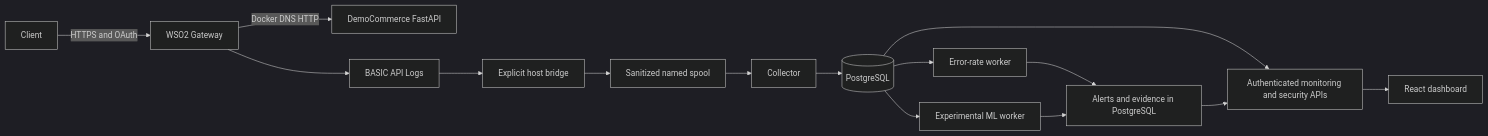
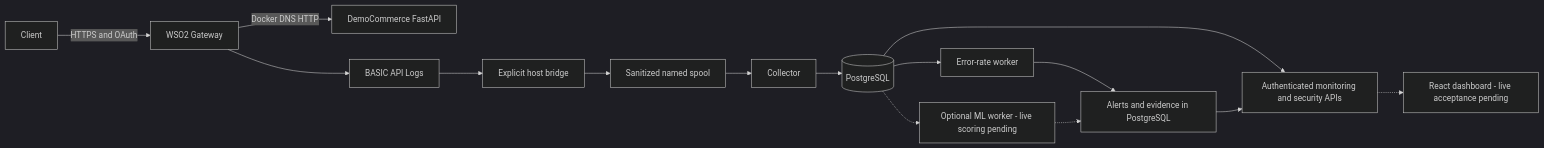
Before and after one commit to Kaveesha23dil/sentinelapi: the diagram in README.md, drawn with Mermaid (dark theme). The commit also changed other lines of this file and 9 other files, not shown here.

````diff
--- a/README.md
+++ b/README.md
@@ -21,17 +27,17 @@
 ```mermaid
 flowchart LR
     Client -->|HTTPS and OAuth| Gateway[WSO2 Gateway]
     Gateway -->|Docker DNS HTTP| Demo[DemoCommerce FastAPI]
     Gateway --> Logs[BASIC API Logs]
     Logs --> Bridge[Explicit host bridge]
     Bridge --> Spool[Sanitized named spool]
     Spool --> Collector
     Collector --> DB[(PostgreSQL)]
     DB --> Rules[Error-rate worker]
-    DB --> ML[Experimental ML worker]
+    DB -.-> ML[Optional ML worker - live scoring pending]
     Rules --> Alerts[Alerts and evidence in PostgreSQL]
-    ML --> Alerts
+    ML -.-> Alerts
     DB --> APIs[Authenticated monitoring and security APIs]
     Alerts --> APIs
-    APIs --> UI[React dashboard]
+    APIs -.-> UI[React dashboard - live acceptance pending]
 ```
````
